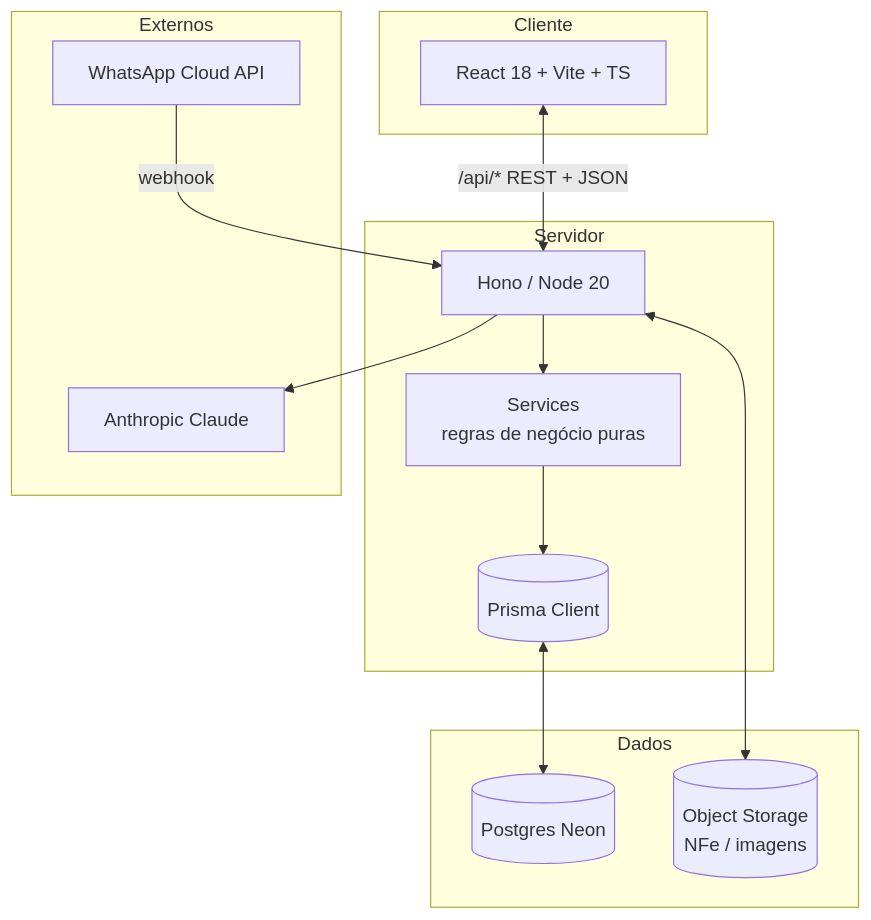
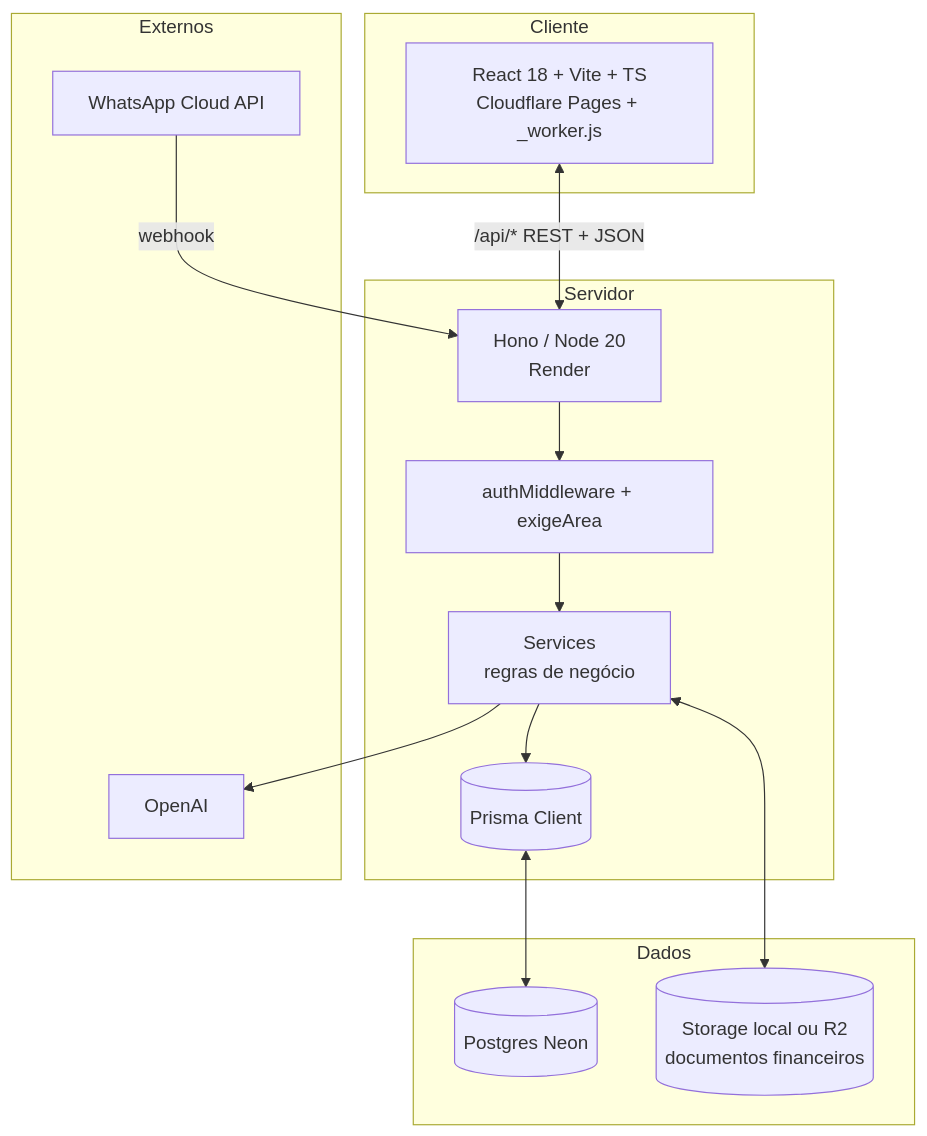
One commit to somosvira/fazendinha changed the first of 4 diagrams in ARCHITECTURE.md. Above: the diagram before and after it, drawn with Mermaid. The commit also changed other lines of this file and 4 other files, not shown here.

First line of the commit message:
docs: alinhar CLAUDE.md, ARCHITECTURE, DEPLOY, README e render.yaml à codebase atual

````diff
--- a/ARCHITECTURE.md
+++ b/ARCHITECTURE.md
@@ -27,27 +28,28 @@
 ```mermaid
 flowchart TB
   subgraph Cliente
-    UI[React 18 + Vite + TS]
+    UI[React 18 + Vite + TS<br/>Cloudflare Pages + _worker.js]
   end
   subgraph Servidor
-    HONO[Hono / Node 20]
-    SVC[Services<br/>regras de negócio puras]
+    HONO[Hono / Node 20<br/>Render]
+    AUTH[authMiddleware + exigeArea]
+    SVC[Services<br/>regras de negócio]
     PRI[(Prisma Client)]
   end
   subgraph Dados
     PG[(Postgres Neon)]
-    OBJ[(Object Storage<br/>NFe / imagens)]
+    OBJ[(Storage local ou R2<br/>documentos financeiros)]
   end
   subgraph Externos
     WA[WhatsApp Cloud API]
-    AI[Anthropic Claude]
+    AI[OpenAI]
   end
 
   UI <-->|/api/* REST + JSON| HONO
-  HONO --> SVC
+  HONO --> AUTH --> SVC
   SVC --> PRI
   PRI <--> PG
-  HONO <--> OBJ
+  SVC <--> OBJ
   WA -->|webhook| HONO
-  HONO --> AI
+  SVC --> AI
 ```
````
